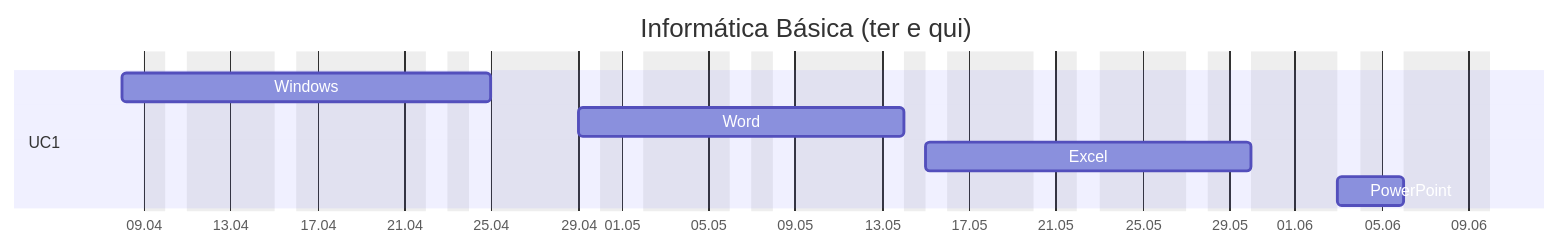
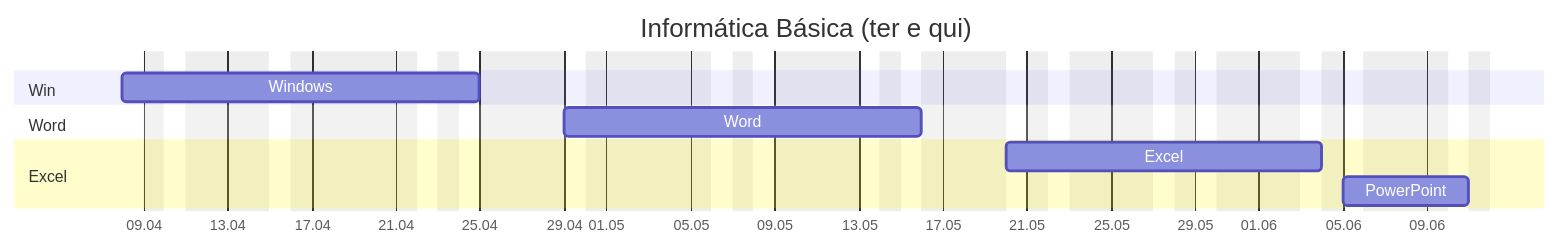
One commit to jocile/digitalgarden changed the diagram in src/site/notes/Informatica basica.md. Above: the diagram before and after it, drawn with Mermaid. The commit also changed other lines of this file and 3 other files, not shown here.

````diff
--- a/src/site/notes/Informatica basica.md
+++ b/src/site/notes/Informatica basica.md
@@ -34,14 +34,16 @@
 ```mermaid
 gantt
      title Informática Básica (ter e qui)
      tickInterval 4day
      weekday Monday
-     excludes Sunday, Monday, Wednesday, Friday, Saturday, 17.04
+     excludes Sunday, Monday, Wednesday, Friday, Saturday, 17.04, 01.05
      dateFormat DD.MM
      axisFormat %d.%m
-     section UC1
+     section Win
          Windows :a1, 08.04, 5d
+     section Word
          Word :a2,after a1, 5d
+     section Excel
          Excel :a3, after a2, 5d
          PowerPoint :a4, after a3, 2d
 ```
````
